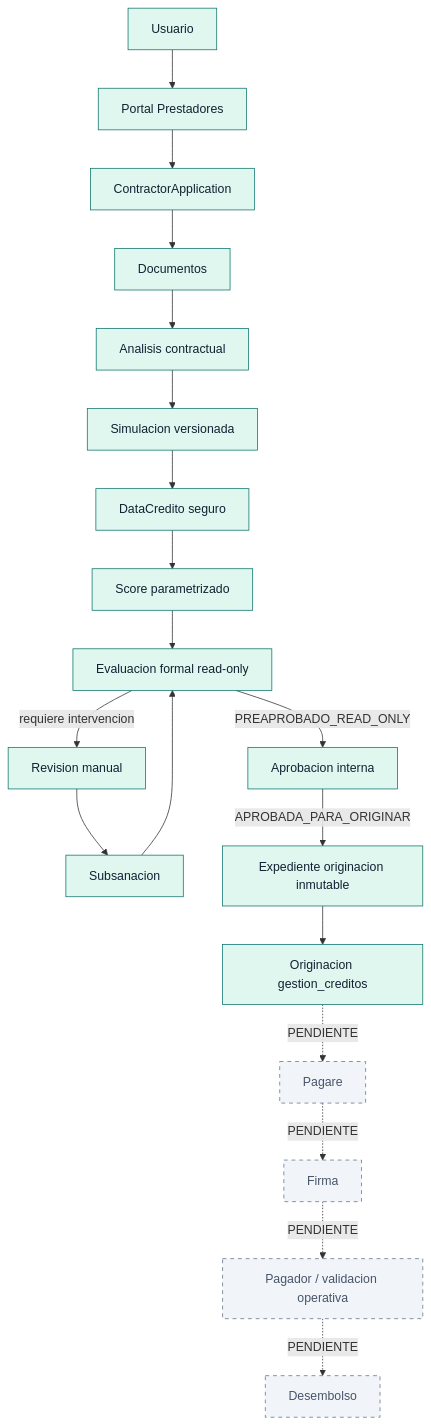
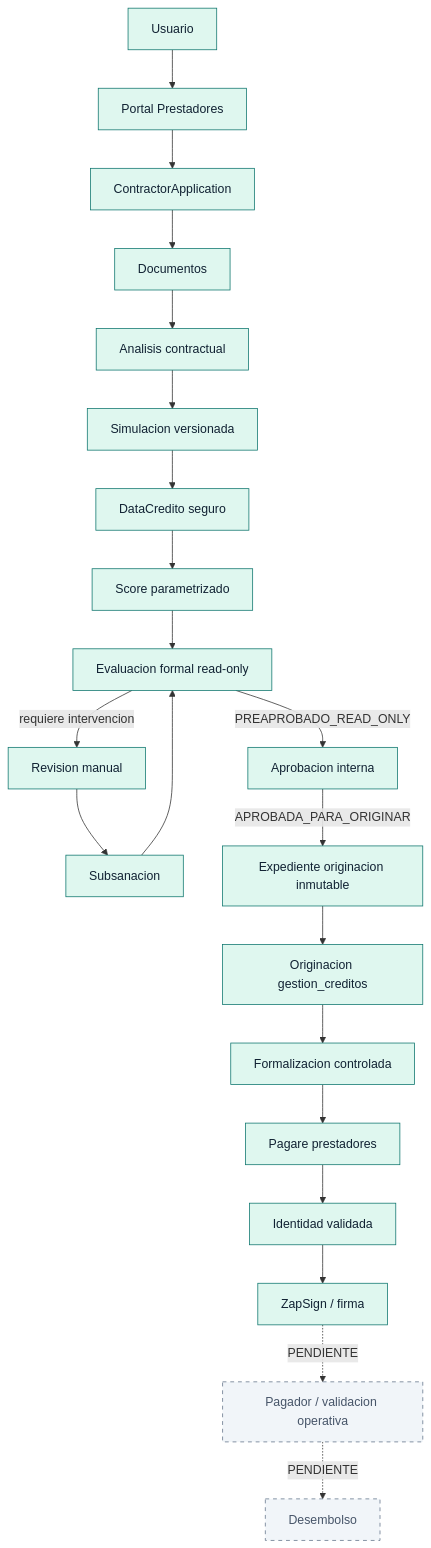
Before and after one commit to AdminDataIn/aprobado: the first of 7 diagrams in docs/prestadores_flujo_end_to_end.md, drawn with Mermaid. The commit also changed other lines of this file and 15 other files, not shown here.

Commit message:
feat: agregar formalizacion y firma prestadores

````diff
--- a/docs/prestadores_flujo_end_to_end.md
+++ b/docs/prestadores_flujo_end_to_end.md
@@ -35,28 +37,30 @@
 ```mermaid
 flowchart TD
     U[Usuario] --> P[Portal Prestadores]
     P --> S[ContractorApplication]
     S --> D[Documentos]
     D --> AC[Analisis contractual]
     AC --> SIM[Simulacion versionada]
     SIM --> DC[DataCredito seguro]
     DC --> SC[Score parametrizado]
     SC --> EF[Evaluacion formal read-only]
     EF -->|requiere intervencion| RM[Revision manual]
     RM --> SUB[Subsanacion]
     SUB --> EF
     EF -->|PREAPROBADO_READ_ONLY| AI[Aprobacion interna]
     AI -->|APROBADA_PARA_ORIGINAR| EO[Expediente originacion inmutable]
     EO --> OR[Originacion gestion_creditos]
-    OR -. PENDIENTE .-> PG[Pagare]
-    PG -. PENDIENTE .-> FI[Firma]
+    OR --> FO[Formalizacion controlada]
+    FO --> PG[Pagare prestadores]
+    PG --> ID[Identidad validada]
+    ID --> FI[ZapSign / firma]
     FI -. PENDIENTE .-> PA[Pagador / validacion operativa]
     PA -. PENDIENTE .-> DE[Desembolso]
 
     classDef ok fill:#dff7ef,stroke:#0f766e,color:#123;
     classDef partial fill:#fff3cd,stroke:#a16207,color:#123;
     classDef pending fill:#f1f5f9,stroke:#64748b,color:#475569,stroke-dasharray: 5 5;
     class U,P,S,D,AC,SIM,DC,SC,EF,RM,SUB,AI ok;
-    class EO,OR ok;
-    class PG,FI,PA,DE pending;
+    class EO,OR,FO,PG,ID,FI ok;
+    class PA,DE pending;
 ```
````
